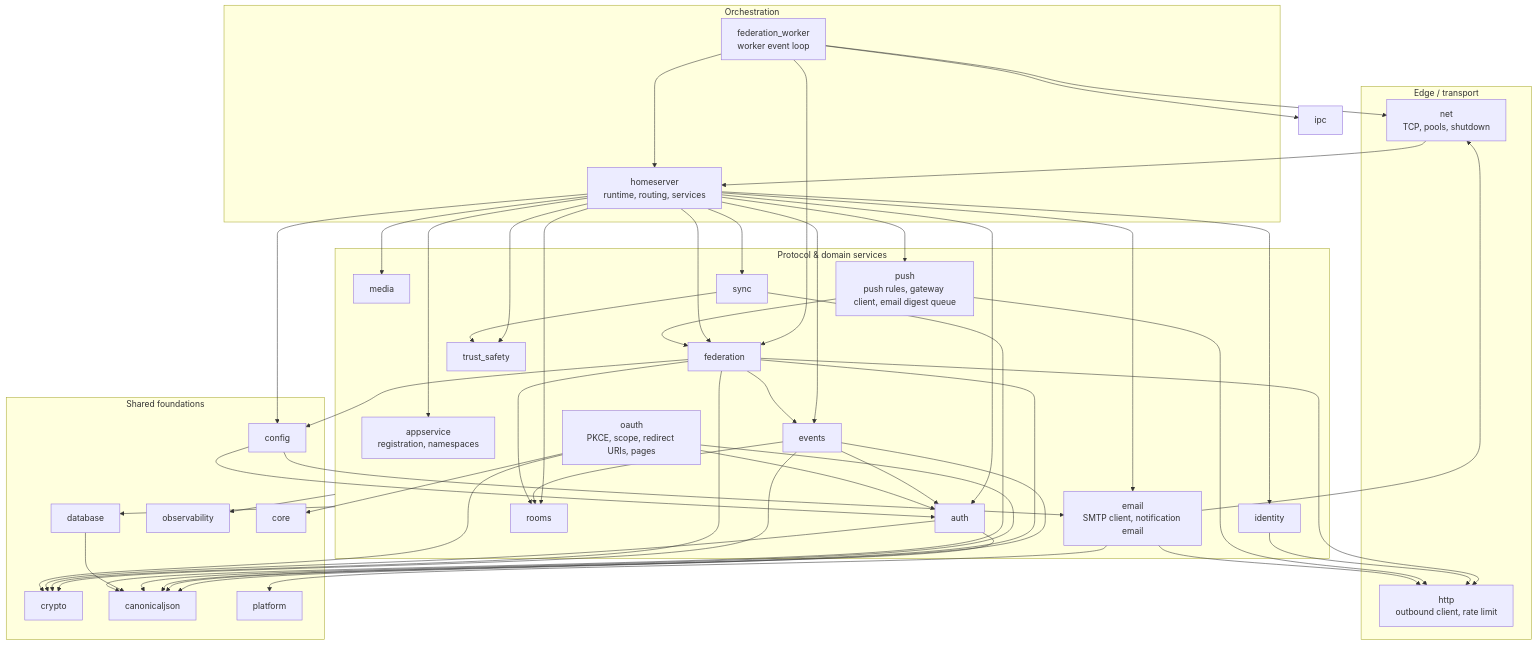
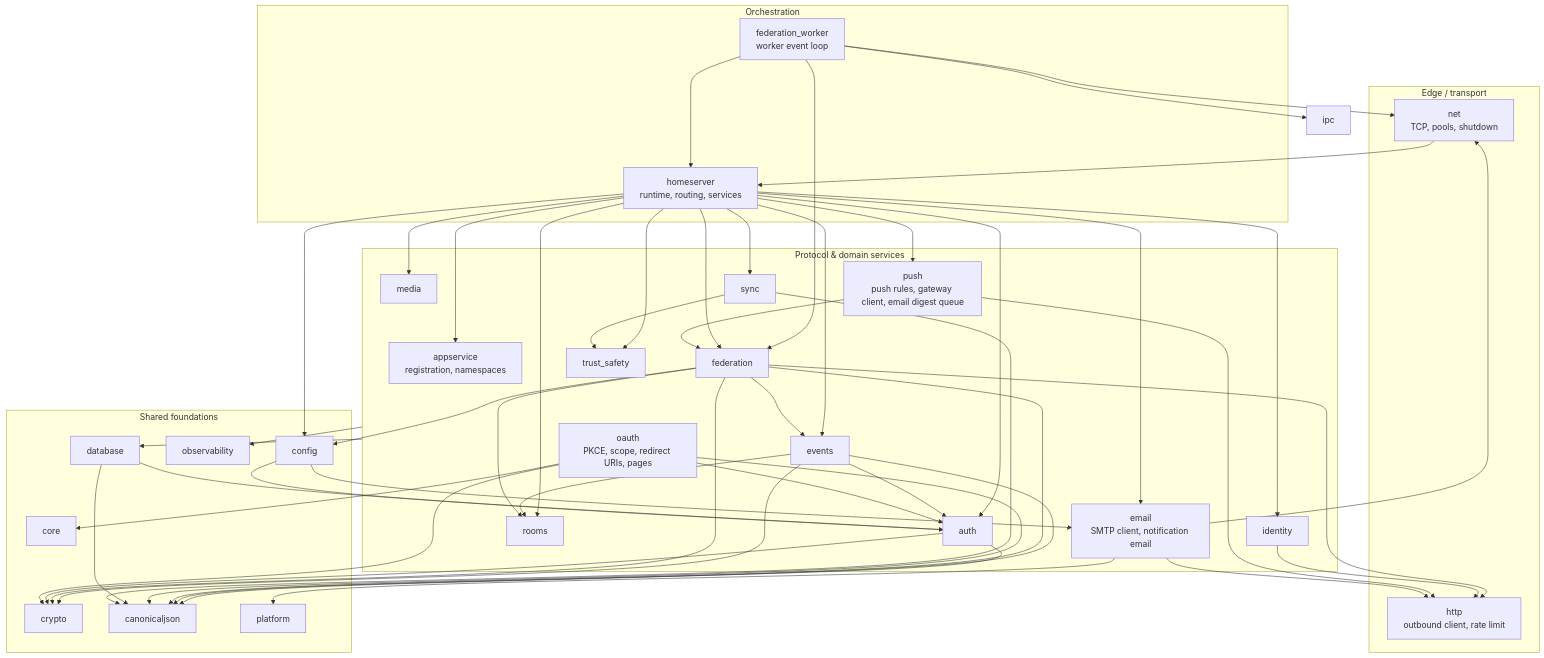
The second of 6 diagrams in docs/architecture.md (OMG-Software/Merovingian), drawn with Mermaid before and after one commit. The commit also changed 131 other files, not shown here.

````diff
--- a/docs/architecture.md
+++ b/docs/architecture.md
@@ -109,54 +109,54 @@
 ```mermaid
 flowchart TB
     subgraph edge["Edge / transport"]
         net["net<br/>TCP, pools, shutdown"]
         http["http<br/>outbound client, rate limit"]
     end
     subgraph orchestration["Orchestration"]
         homeserver["homeserver<br/>runtime, routing, services"]
         fedworker_mod["federation_worker<br/>worker event loop"]
     end
     subgraph services["Protocol & domain services"]
         appservice["appservice<br/>registration, namespaces"]
         auth["auth"]
         oauth["oauth<br/>PKCE, scope, redirect URIs, pages"]
         rooms["rooms"]
         events["events"]
         federation["federation"]
         identity["identity"]
         media["media"]
         push["push<br/>push rules, gateway client, email digest queue"]
         email["email<br/>SMTP client, notification email"]
         sync["sync"]
         trust_safety["trust_safety"]
     end
     subgraph foundations["Shared foundations"]
         database["database"]
         crypto["crypto"]
         canonicaljson["canonicaljson"]
         observability["observability"]
         platform["platform"]
         config["config"]
         core["core"]
     end
 
     net --> homeserver
     fedworker_mod --> homeserver & federation & ipc & net
     homeserver --> auth & rooms & events & federation & media & push & email & sync & trust_safety & identity & appservice
     federation --> http
     identity --> http
     push --> http & federation
     email --> http & platform & net
     config --> email
     sync --> trust_safety
     services --> database
     events --> crypto & canonicaljson & rooms & auth
     federation --> crypto & canonicaljson & events & rooms & config
     auth --> crypto & canonicaljson
     oauth --> auth & crypto & canonicaljson & core
-    database --> canonicaljson
+    database --> canonicaljson & auth
     sync --> canonicaljson
     services --> observability
     homeserver --> config
     config --> auth
 ```
````
